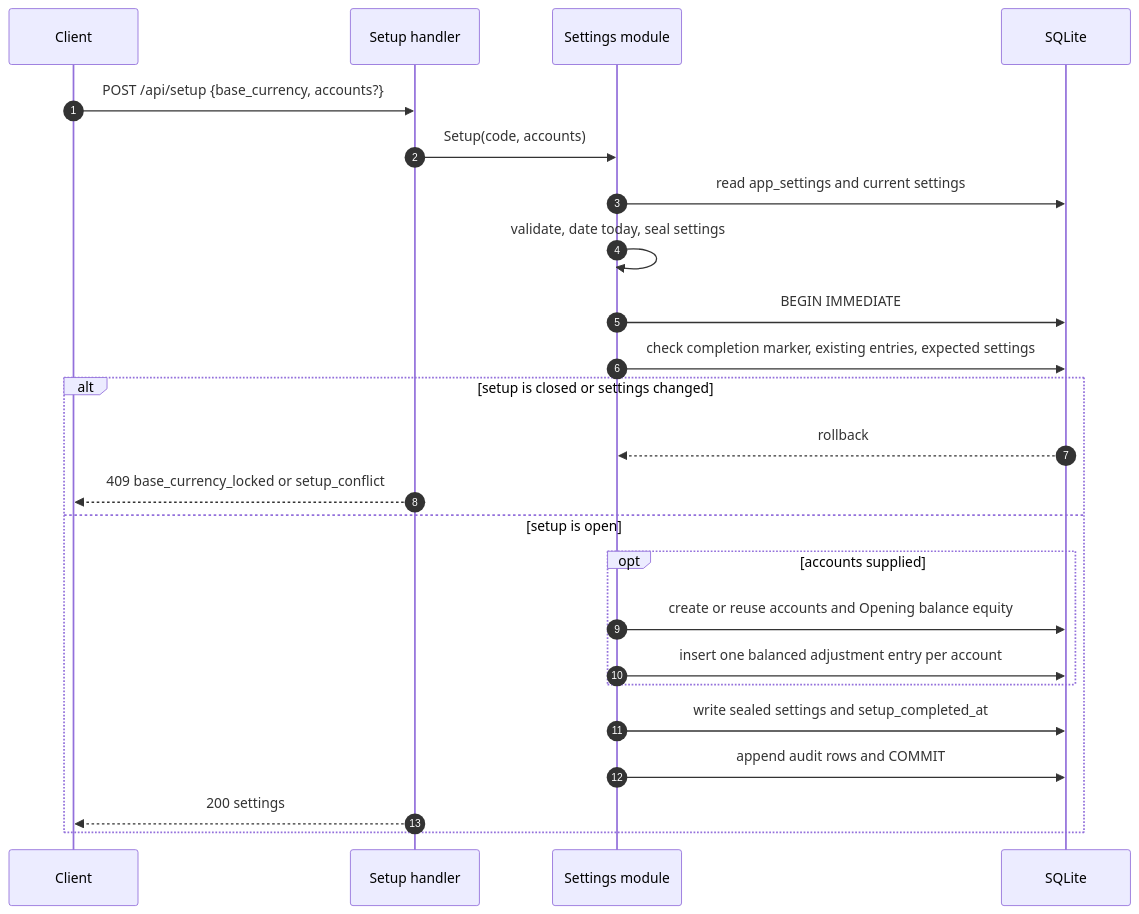
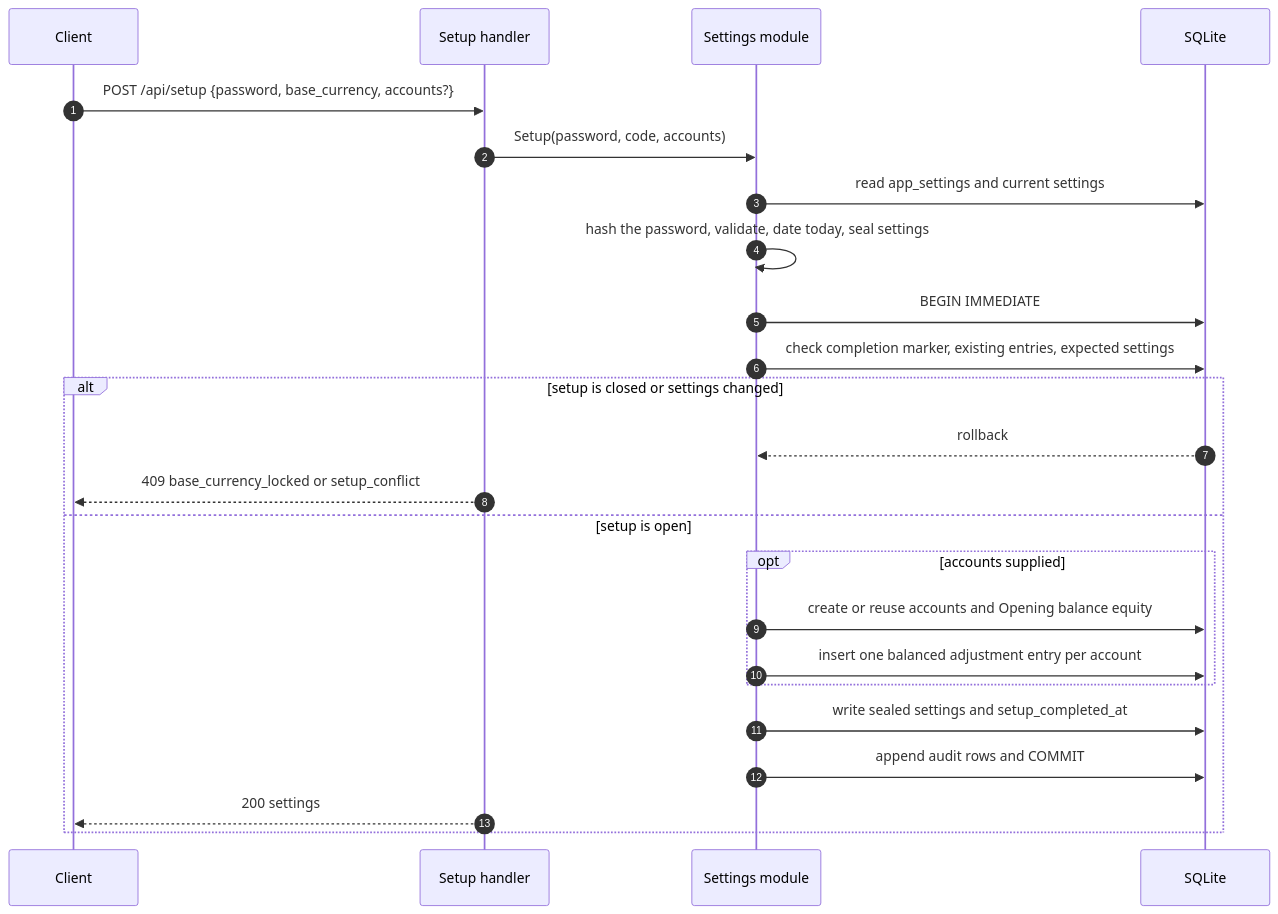
One commit to dimasbaguspm/spenicle changed the diagram in docs/endpoints/POST_api_setup.md. Above: the diagram before and after it, drawn with Mermaid. The commit also changed other lines of this file and 66 other files, not shown here.

````diff
--- a/docs/endpoints/POST_api_setup.md
+++ b/docs/endpoints/POST_api_setup.md
@@ -66,26 +78,26 @@
 ```mermaid
 sequenceDiagram
     autonumber
     participant C as Client
     participant H as Setup handler
     participant S as Settings module
     participant DB as SQLite
-    C->>H: POST /api/setup {base_currency, accounts?}
-    H->>S: Setup(code, accounts)
+    C->>H: POST /api/setup {password, base_currency, accounts?}
+    H->>S: Setup(password, code, accounts)
     S->>DB: read app_settings and current settings
-    S->>S: validate, date today, seal settings
+    S->>S: hash the password, validate, date today, seal settings
     S->>DB: BEGIN IMMEDIATE
     S->>DB: check completion marker, existing entries, expected settings
     alt setup is closed or settings changed
         DB-->>S: rollback
         H-->>C: 409 base_currency_locked or setup_conflict
     else setup is open
         opt accounts supplied
             S->>DB: create or reuse accounts and Opening balance equity
             S->>DB: insert one balanced adjustment entry per account
         end
         S->>DB: write sealed settings and setup_completed_at
         S->>DB: append audit rows and COMMIT
         H-->>C: 200 settings
     end
 ```
````
